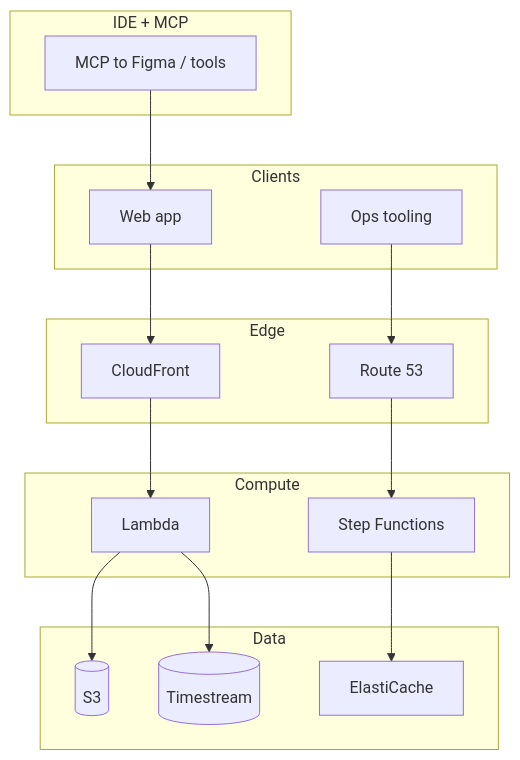
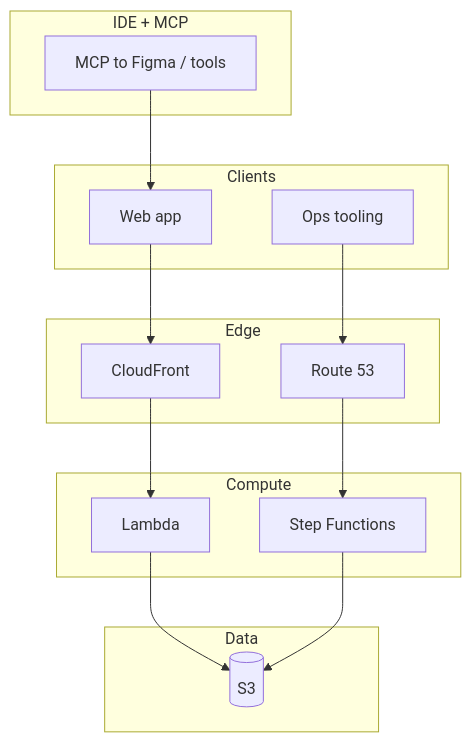
Before and after one commit to tomm1990/tomm1990: the fifth of 6 diagrams in README.md, drawn with Mermaid. The commit also changed other lines of this file, not shown here.

````diff
--- a/README.md
+++ b/README.md
@@ -250,29 +256,26 @@
 ```mermaid
 flowchart TB
     subgraph ide["IDE + MCP"]
         MCP[MCP to Figma / tools]
     end
     subgraph clients["Clients"]
         U[Web app]
         O[Ops tooling]
     end
     subgraph edge["Edge"]
         CF[CloudFront]
         R53[Route 53]
     end
     subgraph compute["Compute"]
         L[Lambda]
         SF[Step Functions]
     end
     subgraph data["Data"]
         S3[(S3)]
-        TS[(Timestream)]
-        C[ElastiCache]
     end
     MCP --> U
     U --> CF --> L
     O --> R53 --> SF
     L --> S3
-    SF --> C
-    L --> TS
+    SF --> S3
 ```
````
